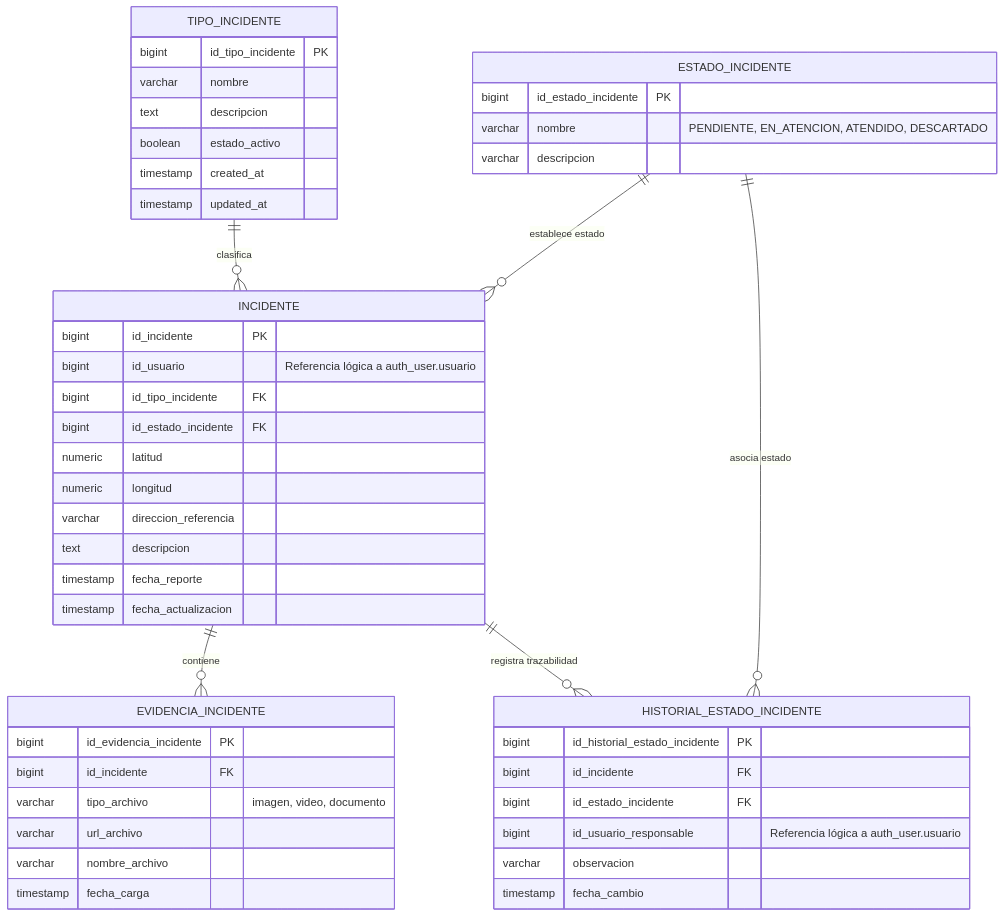
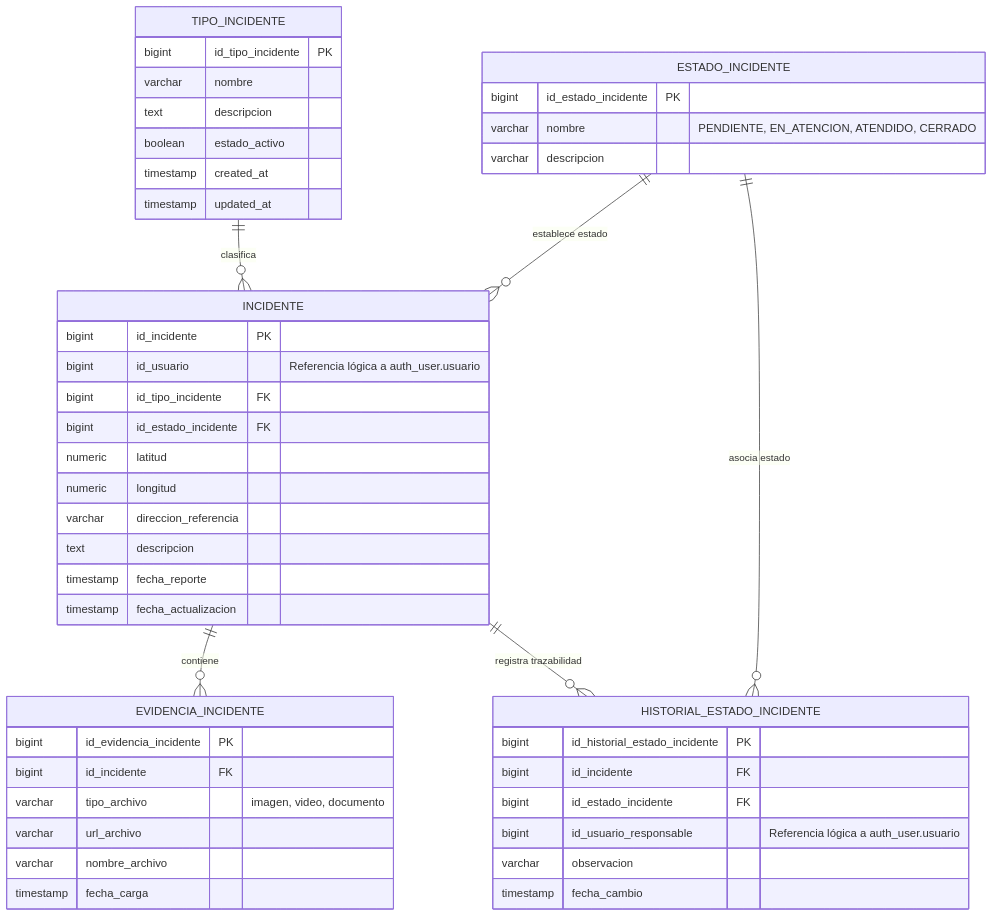
One commit to nvargas199733/TFM---Entornos-Seguros changed the third of 5 diagrams in docs/ARCHITECTURE.md. Above: the diagram before and after it, drawn with Mermaid. The commit also changed 7 other files, not shown here.

````diff
--- a/docs/ARCHITECTURE.md
+++ b/docs/ARCHITECTURE.md
@@ -115,54 +115,54 @@
 ```mermaid
 erDiagram
     TIPO_INCIDENTE ||--o{ INCIDENTE : "clasifica"
     ESTADO_INCIDENTE ||--o{ INCIDENTE : "establece estado"
     INCIDENTE ||--o{ EVIDENCIA_INCIDENTE : "contiene"
     INCIDENTE ||--o{ HISTORIAL_ESTADO_INCIDENTE : "registra trazabilidad"
     ESTADO_INCIDENTE ||--o{ HISTORIAL_ESTADO_INCIDENTE : "asocia estado"
 
     TIPO_INCIDENTE {
         bigint id_tipo_incidente PK
         varchar nombre
         text descripcion
         boolean estado_activo
         timestamp created_at
         timestamp updated_at
     }
 
     ESTADO_INCIDENTE {
         bigint id_estado_incidente PK
-        varchar nombre "PENDIENTE, EN_ATENCION, ATENDIDO, DESCARTADO"
+        varchar nombre "PENDIENTE, EN_ATENCION, ATENDIDO, CERRADO"
         varchar descripcion
     }
 
     INCIDENTE {
         bigint id_incidente PK
         bigint id_usuario "Referencia lógica a auth_user.usuario"
         bigint id_tipo_incidente FK
         bigint id_estado_incidente FK
         numeric latitud
         numeric longitud
         varchar direccion_referencia
         text descripcion
         timestamp fecha_reporte
         timestamp fecha_actualizacion
     }
 
     EVIDENCIA_INCIDENTE {
         bigint id_evidencia_incidente PK
         bigint id_incidente FK
         varchar tipo_archivo "imagen, video, documento"
         varchar url_archivo
         varchar nombre_archivo
         timestamp fecha_carga
     }
 
     HISTORIAL_ESTADO_INCIDENTE {
         bigint id_historial_estado_incidente PK
         bigint id_incidente FK
         bigint id_estado_incidente FK
         bigint id_usuario_responsable "Referencia lógica a auth_user.usuario"
         varchar observacion
         timestamp fecha_cambio
     }
 ```
````
